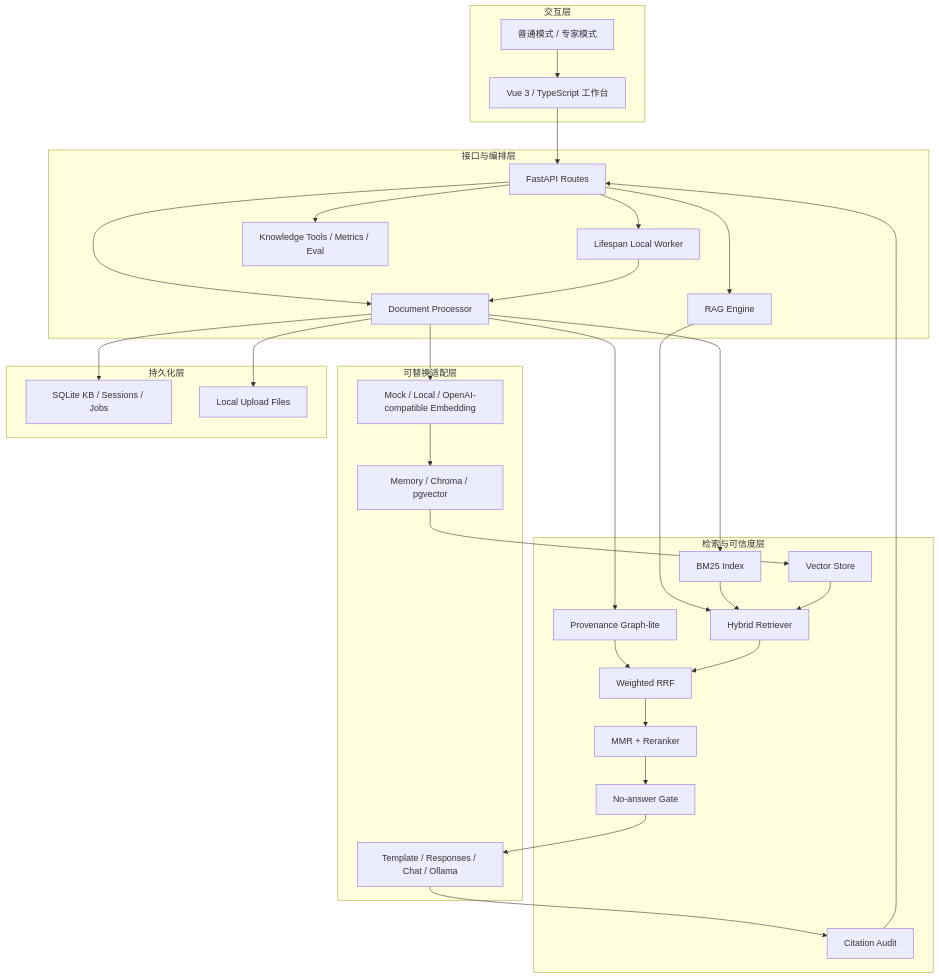
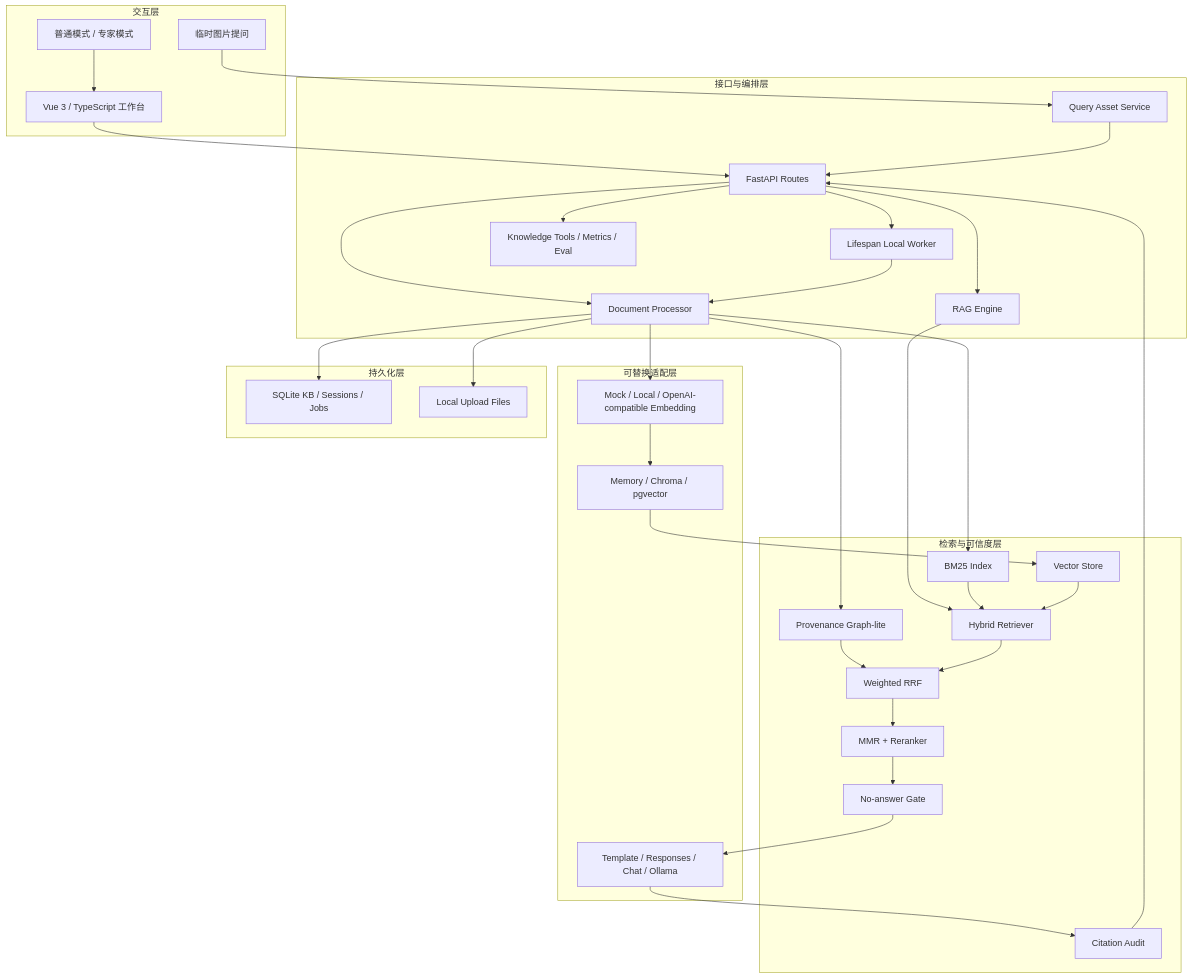
Before and after one commit to 728792899-create/personal-multimodal-rag: the first of 6 diagrams in docs/architecture.md, drawn with Mermaid. The commit also changed other lines of this file and 87 other files, not shown here.

````diff
--- a/docs/architecture.md
+++ b/docs/architecture.md
@@ -11,59 +11,62 @@
 ```mermaid
 flowchart TB
   subgraph UI["交互层"]
     WORKBENCH["Vue 3 / TypeScript 工作台"]
     MODES["普通模式 / 专家模式"]
+    QUERYIMG["临时图片提问"]
   end
 
   subgraph API["接口与编排层"]
     FASTAPI["FastAPI Routes"]
     WORKER["Lifespan Local Worker"]
     PROCESSOR["Document Processor"]
     ENGINE["RAG Engine"]
     TOOLS["Knowledge Tools / Metrics / Eval"]
+    QAS["Query Asset Service"]
   end
 
   subgraph RETRIEVAL["检索与可信度层"]
     BM25["BM25 Index"]
     VECTOR["Vector Store"]
     HYBRID["Hybrid Retriever"]
     RERANK["MMR + Reranker"]
     GATE["No-answer Gate"]
     AUDIT["Citation Audit"]
     GRAPH["Provenance Graph-lite"]
     RRF["Weighted RRF"]
   end
 
   subgraph ADAPTERS["可替换适配层"]
     EMBED["Mock / Local / OpenAI-compatible Embedding"]
     STORE["Memory / Chroma / pgvector"]
     ANSWER["Template / Responses / Chat / Ollama"]
   end
 
   subgraph PERSIST["持久化层"]
     REGISTRY["SQLite KB / Sessions / Jobs"]
     UPLOADS["Local Upload Files"]
   end
 
   WORKBENCH --> FASTAPI
+  QUERYIMG --> QAS --> FASTAPI
   MODES --> WORKBENCH
   FASTAPI --> PROCESSOR
   FASTAPI --> WORKER
   WORKER --> PROCESSOR
   FASTAPI --> ENGINE
   FASTAPI --> TOOLS
   PROCESSOR --> REGISTRY
   PROCESSOR --> UPLOADS
   PROCESSOR --> BM25
   PROCESSOR --> GRAPH
   PROCESSOR --> EMBED
   EMBED --> STORE
   STORE --> VECTOR
   ENGINE --> HYBRID
   GRAPH --> RRF
   HYBRID --> RRF
   BM25 --> HYBRID
   VECTOR --> HYBRID
   RRF --> RERANK --> GATE
   GATE --> ANSWER --> AUDIT --> FASTAPI
 ```
````
